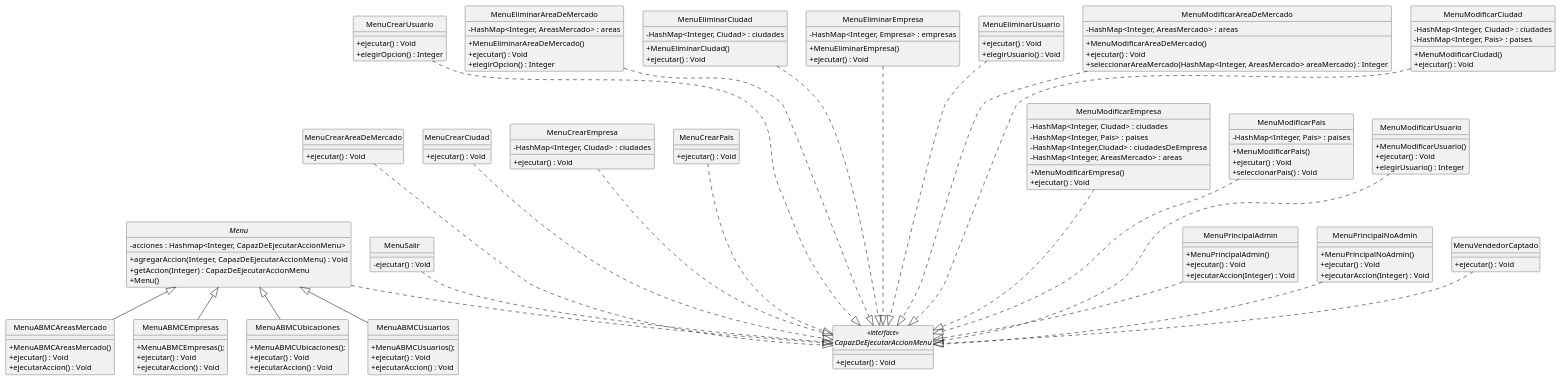
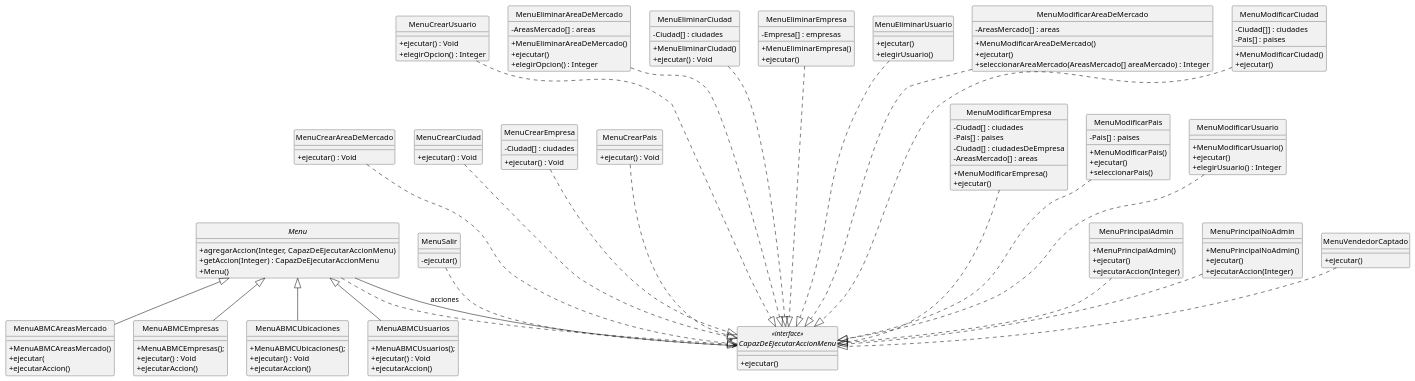
Before and after one commit to maxi-stein/Proyecto-Programacion-2: the diagram in proyecto-programacion2/docs/diagrama-de-clases(menus).puml, drawn with PlantUML.

Commit message:
Correcion UML Menues

```diff
--- a/proyecto-programacion2/docs/diagrama-de-clases(menus).puml
+++ b/proyecto-programacion2/docs/diagrama-de-clases(menus).puml
@@ -1,143 +1,145 @@
 @startuml
 hide circle
 skinparam classAttributeIconSize 0
 skinparam backgroundColor transparent
 skinparam monochrome true
 skinparam shadowing false
 
 abstract class Menu {
-    -acciones : Hashmap<Integer, CapazDeEjecutarAccionMenu>
-    +agregarAccion(Integer,  CapazDeEjecutarAccionMenu) : Void
+    +agregarAccion(Integer,  CapazDeEjecutarAccionMenu)
     +getAccion(Integer) : CapazDeEjecutarAccionMenu
     +Menu()
 }
 
 class MenuSalir{
-  -ejecutar() : Void
+  -ejecutar()
 }
 
 class MenuABMCAreasMercado extends Menu{
     +MenuABMCAreasMercado()
-    +ejecutar() : Void
-    +ejecutarAccion() : Void
+    +ejecutar(
+    +ejecutarAccion()
 }
 class MenuABMCEmpresas extends Menu{
     +MenuABMCEmpresas();
     +ejecutar() : Void
-    +ejecutarAccion() : Void
+    +ejecutarAccion()
 }
 class MenuABMCUbicaciones extends Menu{
     +MenuABMCUbicaciones();
     +ejecutar() : Void
-    +ejecutarAccion() : Void
+    +ejecutarAccion()
 }
 class MenuABMCUsuarios extends Menu{
     +MenuABMCUsuarios();
     +ejecutar() : Void
-    +ejecutarAccion() : Void
+    +ejecutarAccion()
 }
 class MenuCrearAreaDeMercado{
     +ejecutar() : Void
 }
 class MenuCrearCiudad{
     +ejecutar() : Void
 }
 class MenuCrearEmpresa{
-    -HashMap<Integer, Ciudad> : ciudades
+    -Ciudad[] : ciudades
     +ejecutar() : Void
 }
 class MenuCrearPais {
     +ejecutar() : Void
 }
 class MenuCrearUsuario {
     +ejecutar() : Void
     +elegirOpcion() : Integer
 }
 class MenuEliminarAreaDeMercado {
-    -HashMap<Integer, AreasMercado> : areas
+    -AreasMercado[] : areas
     +MenuEliminarAreaDeMercado()
-    +ejecutar() : Void
+    +ejecutar()
     +elegirOpcion() : Integer
 }
 class MenuEliminarCiudad {
-    -HashMap<Integer, Ciudad> : ciudades
+    -Ciudad[] : ciudades
     +MenuEliminarCiudad()
     +ejecutar() : Void
 }
 class MenuEliminarEmpresa {
-    -HashMap<Integer, Empresa> : empresas
+    -Empresa[] : empresas
     +MenuEliminarEmpresa()
-    +ejecutar() : Void
+    +ejecutar()
 }
 class MenuEliminarUsuario {
-    +ejecutar() : Void
-    +elegirUsuario() : Void
+    +ejecutar()
+    +elegirUsuario()
 }
 class MenuModificarAreaDeMercado {
-    -HashMap<Integer, AreasMercado> : areas
+    -AreasMercado[] : areas
     +MenuModificarAreaDeMercado()
-    +ejecutar() : Void
-    +seleccionarAreaMercado(HashMap<Integer, AreasMercado> areaMercado) : Integer
+    +ejecutar()
+    +seleccionarAreaMercado(AreasMercado[] areaMercado) : Integer
 }
 class MenuModificarCiudad {
-    -HashMap<Integer, Ciudad> : ciudades
-    -HashMap<Integer, Pais> : paises
+    -Ciudad[]] : ciudades
+    -Pais[] : paises
     +MenuModificarCiudad()
-    +ejecutar() : Void
+    +ejecutar()
 }
 class MenuModificarEmpresa {
-    -HashMap<Integer, Ciudad> : ciudades
-    -HashMap<Integer, Pais> : paises
-    -HashMap<Integer,Ciudad> : ciudadesDeEmpresa
-    -HashMap<Integer, AreasMercado> : areas
+    -Ciudad[] : ciudades
+    -Pais[] : paises
+    -Ciudad[] : ciudadesDeEmpresa
+    -AreasMercado[] : areas
     +MenuModificarEmpresa()
-    +ejecutar() : Void
+    +ejecutar()
 }
 class MenuModificarPais {
-    -HashMap<Integer, Pais> : paises
+    -Pais[] : paises
     +MenuModificarPais()
-    +ejecutar() : Void
-    +seleccionarPais() : Void
+    +ejecutar()
+    +seleccionarPais()
 }
 class MenuModificarUsuario {
     +MenuModificarUsuario()
-    +ejecutar() : Void
+    +ejecutar()
     +elegirUsuario() : Integer
 }
 class MenuPrincipalAdmin {
     +MenuPrincipalAdmin()
-    +ejecutar() : Void
-    +ejecutarAccion(Integer) : Void
+    +ejecutar()
+    +ejecutarAccion(Integer)
 }
 class MenuPrincipalNoAdmin {
     +MenuPrincipalNoAdmin()
-    +ejecutar() : Void
-    +ejecutarAccion(Integer) : Void
+    +ejecutar()
+    +ejecutarAccion(Integer)
 }
 class MenuVendedorCaptado {
-    +ejecutar() : Void
+    +ejecutar()
 }
 
 interface CapazDeEjecutarAccionMenu <<interface>>{
-    +ejecutar() : Void
+    +ejecutar()
 }
+
 Menu -.|> CapazDeEjecutarAccionMenu
 MenuCrearAreaDeMercado --.|> CapazDeEjecutarAccionMenu
 MenuCrearCiudad --.|> CapazDeEjecutarAccionMenu
 MenuCrearEmpresa --.|> CapazDeEjecutarAccionMenu
 MenuCrearPais --.|> CapazDeEjecutarAccionMenu
 MenuCrearUsuario ---.|> CapazDeEjecutarAccionMenu
 MenuEliminarAreaDeMercado ---.|> CapazDeEjecutarAccionMenu
 MenuEliminarCiudad ---.|> CapazDeEjecutarAccionMenu
 MenuEliminarEmpresa ---.|> CapazDeEjecutarAccionMenu
 MenuEliminarUsuario ---.|> CapazDeEjecutarAccionMenu
 MenuModificarAreaDeMercado ---.|> CapazDeEjecutarAccionMenu
 MenuModificarCiudad ---.|> CapazDeEjecutarAccionMenu
 MenuModificarEmpresa --.|> CapazDeEjecutarAccionMenu
 MenuModificarPais --.|> CapazDeEjecutarAccionMenu
 MenuModificarUsuario --.|> CapazDeEjecutarAccionMenu
 MenuPrincipalAdmin -.|> CapazDeEjecutarAccionMenu
 MenuPrincipalNoAdmin -.|> CapazDeEjecutarAccionMenu
 MenuVendedorCaptado -.|> CapazDeEjecutarAccionMenu
 MenuSalir -.|> CapazDeEjecutarAccionMenu
+
+Menu --> "*" CapazDeEjecutarAccionMenu : acciones
 @enduml
```
